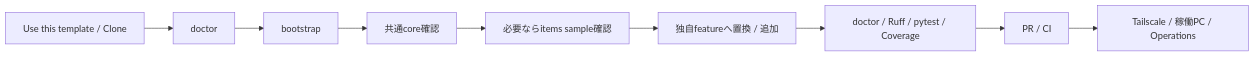
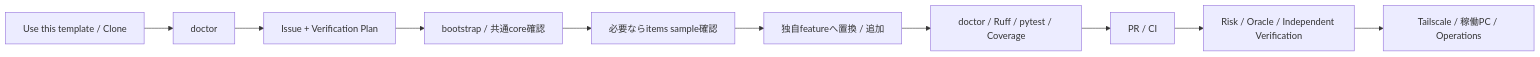
The first of 6 diagrams in README.md (k-systems202208/python-sqlite-tailscale-webapp-template), drawn with Mermaid before and after one commit. The commit also changed other lines of this file and 6 other files, not shown here.

````diff
--- a/README.md
+++ b/README.md
@@ -11,11 +11,12 @@
 ```mermaid
 flowchart LR
     A["Use this template / Clone"] --> D["doctor"]
-    D --> B["bootstrap"]
-    B --> C["共通core確認"]
+    D --> B["Issue + Verification Plan"]
+    B --> C["bootstrap / 共通core確認"]
     C --> S["必要ならitems sample確認"]
     S --> E["独自featureへ置換 / 追加"]
     E --> Q["doctor / Ruff / pytest / Coverage"]
     Q --> G["PR / CI"]
-    G --> H["Tailscale / 稼働PC / Operations"]
+    G --> V["Risk / Oracle / Independent Verification"]
+    V --> H["Tailscale / 稼働PC / Operations"]
 ```
````
